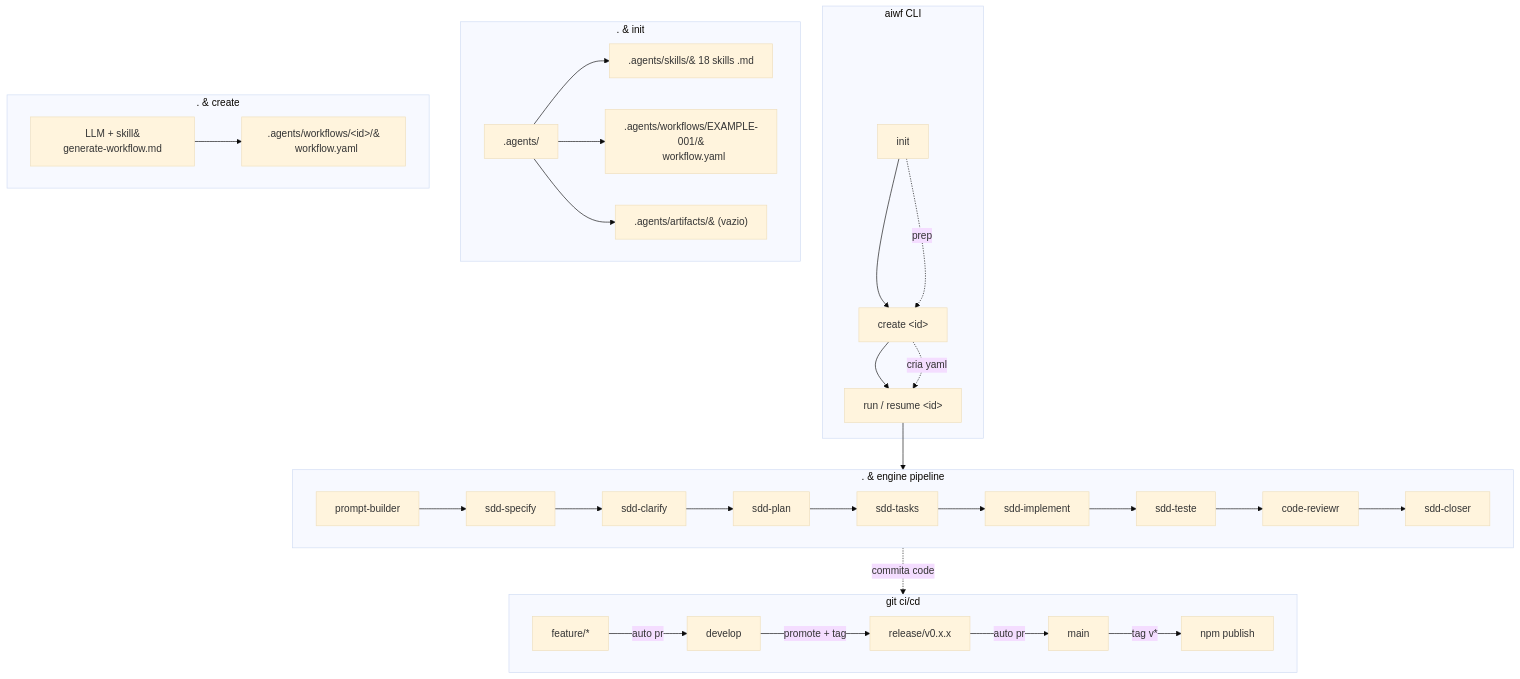
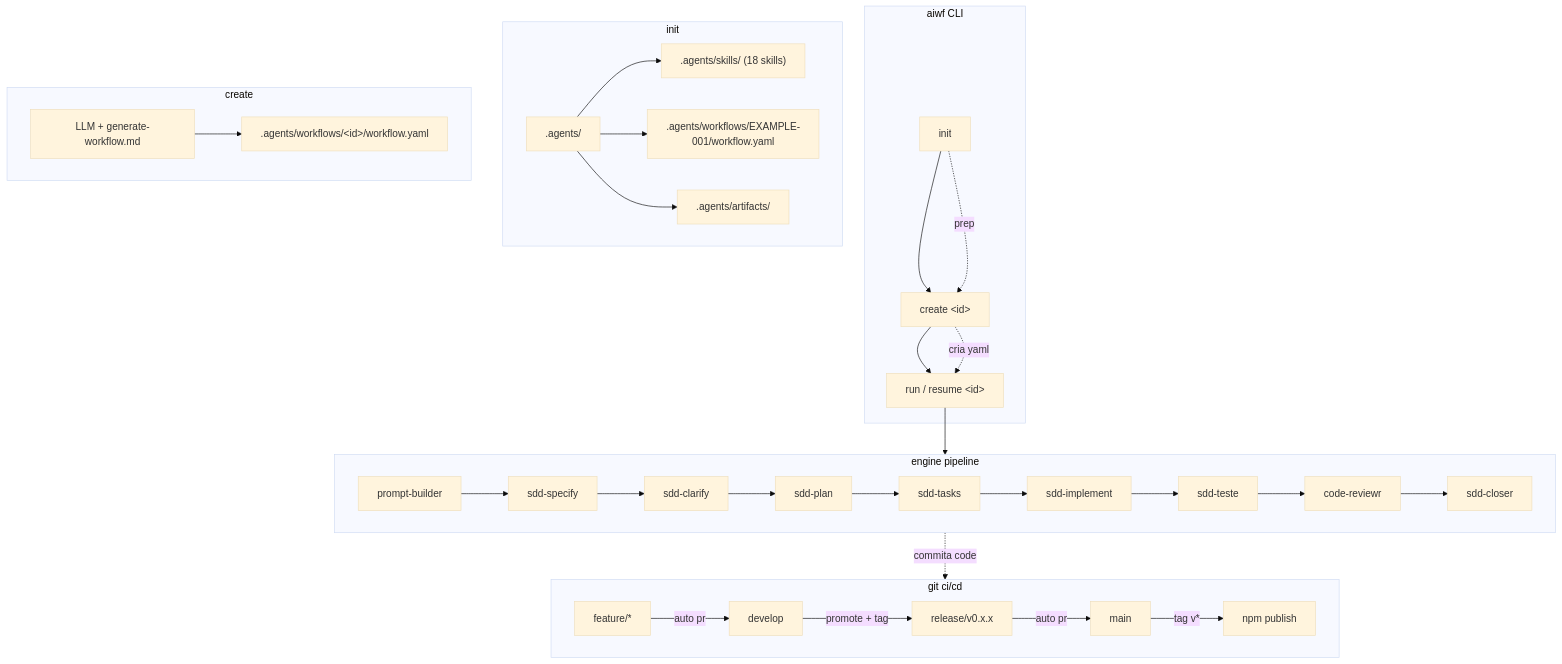
One commit to DeysiLopes/aiwf changed the diagram in aiwf-fluxo.mmd. Above: the diagram before and after it, drawn with Mermaid (base theme).

Commit message:
chore: fix subgraph titles

```diff
--- a/aiwf-fluxo.mmd
+++ b/aiwf-fluxo.mmd
@@ -1,51 +1,51 @@
 flowchart TD
   subgraph CLI["aiwf CLI"]
     init["init"] --> create["create &lt;id&gt;"]
     create --> run["run / resume &lt;id&gt;"]
   end
 
-  subgraph INIT[". &#10;  init"]
+  subgraph INIT["init"]
     AGENTS[".agents/"]
-    SKILLS[".agents/skills/&#10;  18 skills .md"]
-    EXAMPLE[".agents/workflows/EXAMPLE-001/&#10;  workflow.yaml"]
-    ARTIFACTS[".agents/artifacts/&#10;  (vazio)"]
+    SKILLS[".agents/skills/ (18 skills)"]
+    EXAMPLE[".agents/workflows/EXAMPLE-001/workflow.yaml"]
+    ARTIFACTS[".agents/artifacts/"]
     AGENTS --> SKILLS
     AGENTS --> EXAMPLE
     AGENTS --> ARTIFACTS
   end
 
-  subgraph CREATE[". &#10;  create"]
-    LLM_CMD["LLM + skill&#10;generate-workflow.md"]
-    GENERATED[".agents/workflows/&lt;id&gt;/&#10;  workflow.yaml"]
+  subgraph CREATE["create"]
+    LLM_CMD["LLM + generate-workflow.md"]
+    GENERATED[".agents/workflows/&lt;id&gt;/workflow.yaml"]
     LLM_CMD --> GENERATED
   end
 
-  subgraph ENGINE[". &#10;  engine pipeline"]
+  subgraph ENGINE["engine pipeline"]
     PB["prompt-builder"]
     SP["sdd-specify"]
     CL["sdd-clarify"]
     PL["sdd-plan"]
     TK["sdd-tasks"]
     IM["sdd-implement"]
     TE["sdd-teste"]
     CR["code-reviewr"]
     CLO["sdd-closer"]
     PB --> SP --> CL --> PL --> TK --> IM --> TE --> CR --> CLO
   end
 
   subgraph GIT["git ci/cd"]
     F["feature/*"]
     DEV["develop"]
     REL["release/v0.x.x"]
     MAIN["main"]
     NPM["npm publish"]
     F -->|auto pr| DEV
     DEV -->|promote + tag| REL
     REL -->|auto pr| MAIN
     MAIN -->|tag v*| NPM
   end
 
   init -.->|prep| create
   create -.->|cria yaml| run
   run --> ENGINE
   ENGINE -.->|commita code| GIT
```
